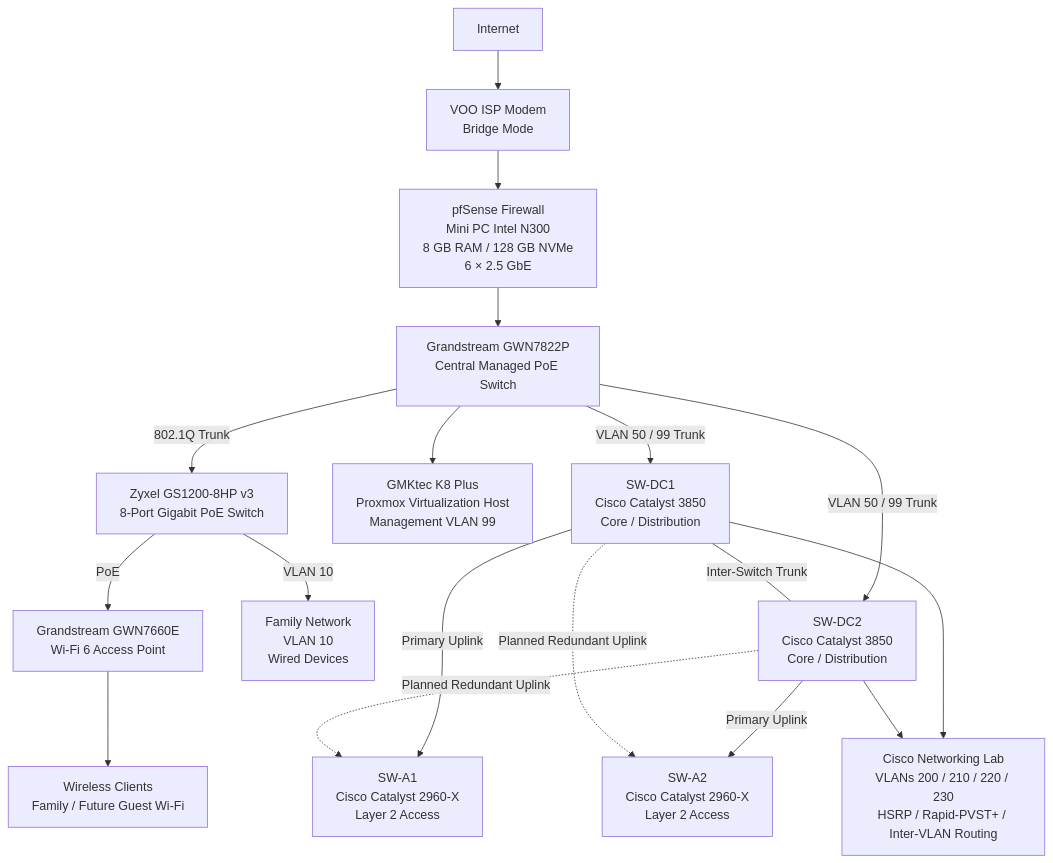
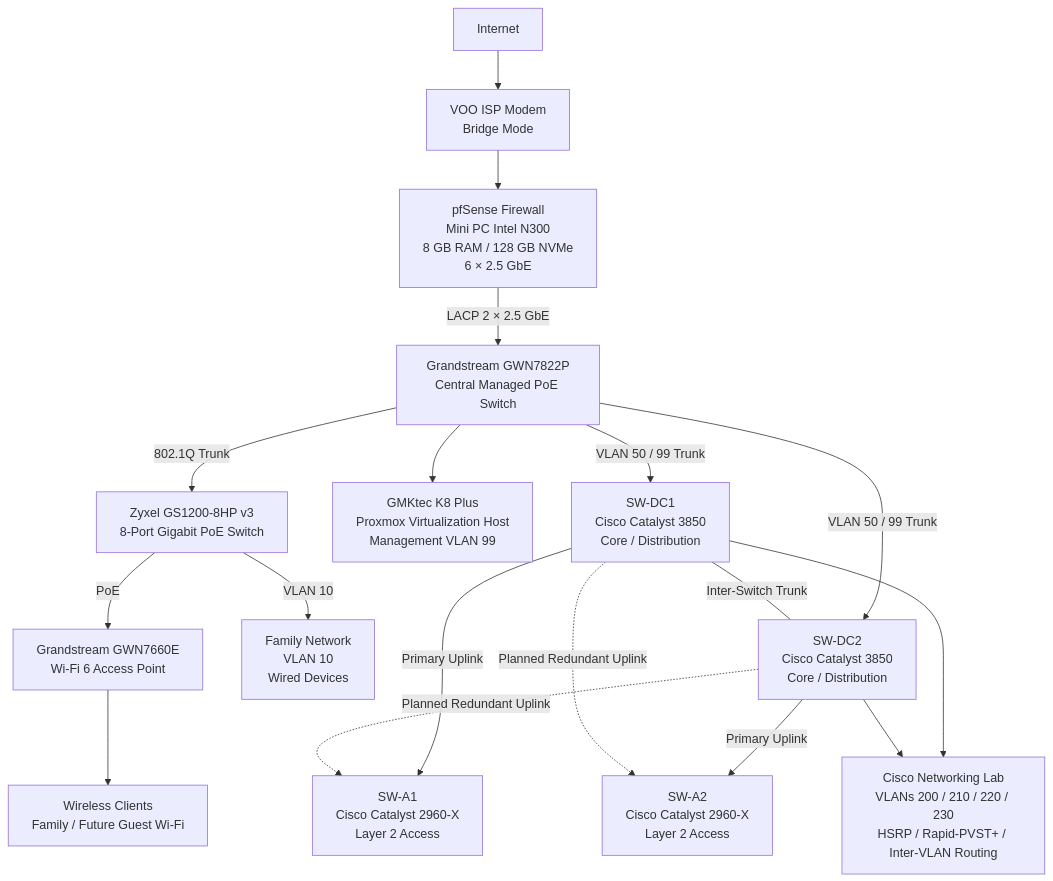
One commit to Cypherlab777/Homelab changed the diagram in README.md. Above: the diagram before and after it, drawn with Mermaid. The commit also changed other lines of this file, not shown here.

````diff
--- a/README.md
+++ b/README.md
@@ -123,65 +32,65 @@
 ```mermaid
 flowchart TD
 
     INTERNET["Internet"]
 
     VOO["VOO ISP Modem<br/>Bridge Mode"]
 
     PFSENSE["pfSense Firewall<br/>Mini PC Intel N300<br/>8 GB RAM / 128 GB NVMe<br/>6 × 2.5 GbE"]
 
     GRANDSTREAM["Grandstream GWN7822P<br/>Central Managed PoE Switch"]
 
     ZYXEL["Zyxel GS1200-8HP v3<br/>8-Port Gigabit PoE Switch"]
 
     AP["Grandstream GWN7660E<br/>Wi-Fi 6 Access Point"]
 
     FAMILY["Family Network<br/>VLAN 10<br/>Wired Devices"]
 
     WIFI["Wireless Clients<br/>Family / Future Guest Wi-Fi"]
 
     PROXMOX["GMKtec K8 Plus<br/>Proxmox Virtualization Host<br/>Management VLAN 99"]
 
     DC1["SW-DC1<br/>Cisco Catalyst 3850<br/>Core / Distribution"]
 
     DC2["SW-DC2<br/>Cisco Catalyst 3850<br/>Core / Distribution"]
 
     A1["SW-A1<br/>Cisco Catalyst 2960-X<br/>Layer 2 Access"]
 
     A2["SW-A2<br/>Cisco Catalyst 2960-X<br/>Layer 2 Access"]
 
     CISCOLAB["Cisco Networking Lab<br/>VLANs 200 / 210 / 220 / 230<br/>HSRP / Rapid-PVST+ / Inter-VLAN Routing"]
 
     INTERNET --> VOO
 
     VOO --> PFSENSE
 
-    PFSENSE --> GRANDSTREAM
+    PFSENSE -->|"LACP 2 × 2.5 GbE"| GRANDSTREAM
 
     GRANDSTREAM -->|"802.1Q Trunk"| ZYXEL
 
     ZYXEL -->|"VLAN 10"| FAMILY
 
     ZYXEL -->|"PoE"| AP
 
     AP --> WIFI
 
     GRANDSTREAM --> PROXMOX
 
     GRANDSTREAM -->|"VLAN 50 / 99 Trunk"| DC1
 
     GRANDSTREAM -->|"VLAN 50 / 99 Trunk"| DC2
 
     DC1 ---|"Inter-Switch Trunk"| DC2
 
     DC1 -->|"Primary Uplink"| A1
 
     DC2 -->|"Primary Uplink"| A2
 
     DC2 -.->|"Planned Redundant Uplink"| A1
 
     DC1 -.->|"Planned Redundant Uplink"| A2
 
     DC1 --> CISCOLAB
 
     DC2 --> CISCOLAB
 ```
````
